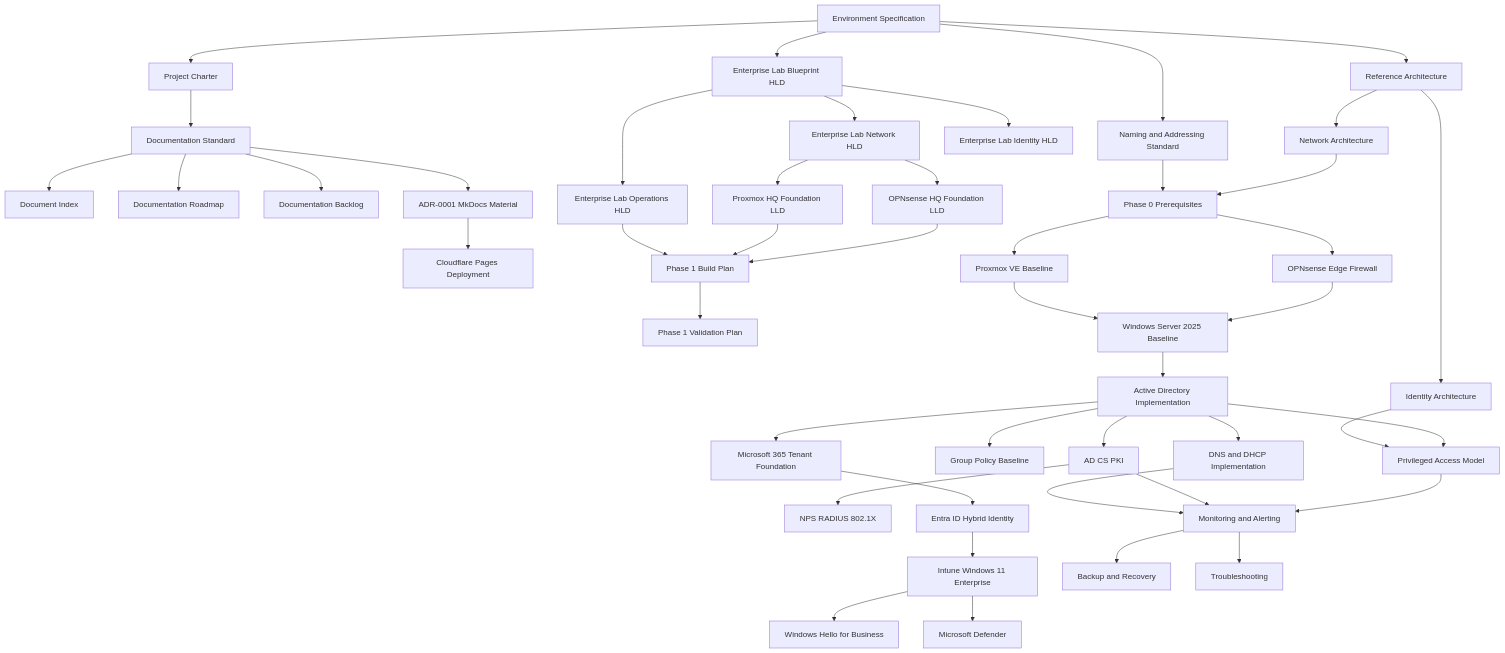
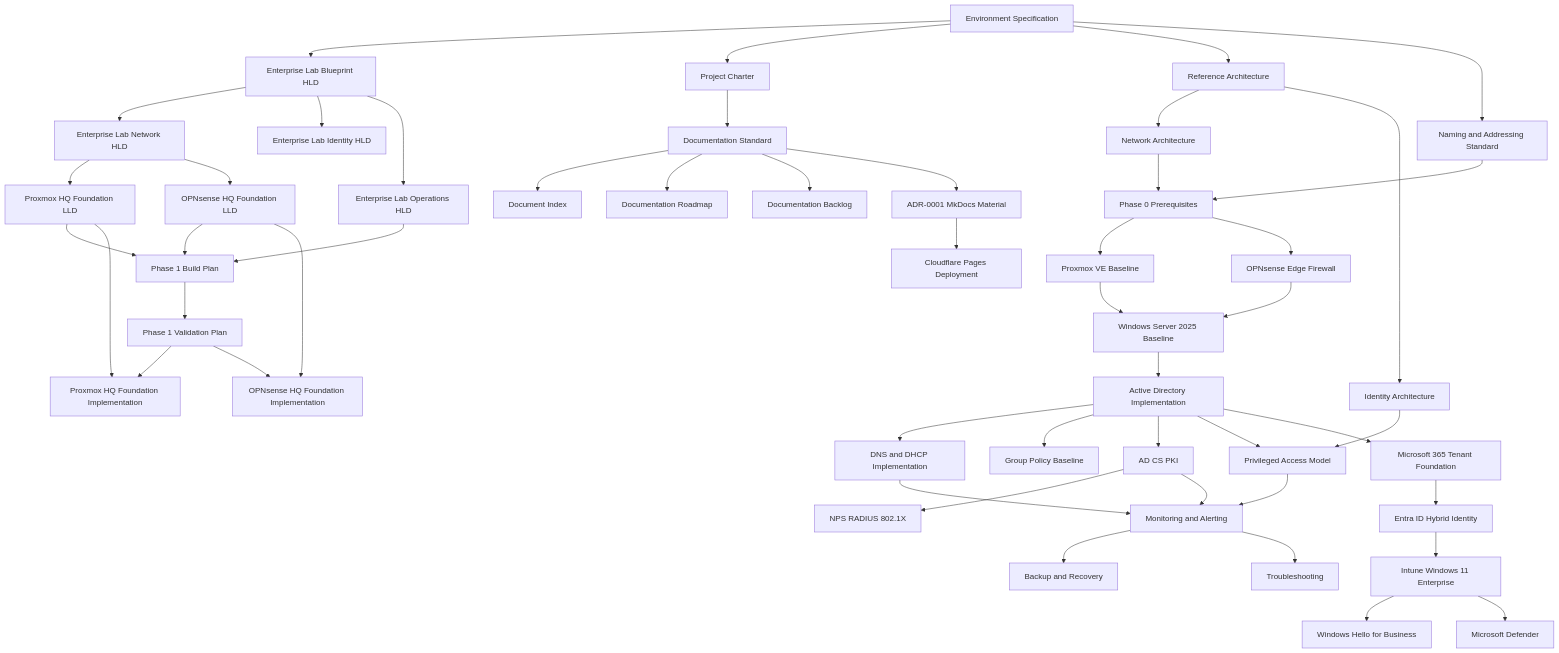
One commit to gntech-dev/geil-enterprise-docs changed the third of 3 diagrams in docs/project/epic-release-architecture.md. Above: the diagram before and after it, drawn with Mermaid. The commit also changed other lines of this file and 10 other files, not shown here.

Commit message:
docs: add hq foundation implementation runbooks

```diff
--- a/docs/project/epic-release-architecture.md
+++ b/docs/project/epic-release-architecture.md
@@ -150,6 +151,8 @@
     OPNLLD[OPNsense HQ Foundation LLD]
     BUILD[Phase 1 Build Plan]
     VAL[Phase 1 Validation Plan]
+    PVEIMPL[Proxmox HQ Foundation Implementation]
+    OPNIMPL[OPNsense HQ Foundation Implementation]
     NAME[Naming and Addressing Standard]
     PVE[Proxmox VE Baseline]
     FW[OPNsense Edge Firewall]
@@ -179,6 +182,10 @@
     PVELLD --> BUILD
     OPNLLD --> BUILD
     BUILD --> VAL
+    PVELLD --> PVEIMPL
+    OPNLLD --> OPNIMPL
+    VAL --> PVEIMPL
+    VAL --> OPNIMPL
     ENV --> CHARTER
     CHARTER --> STD
     STD --> INDEX
```
